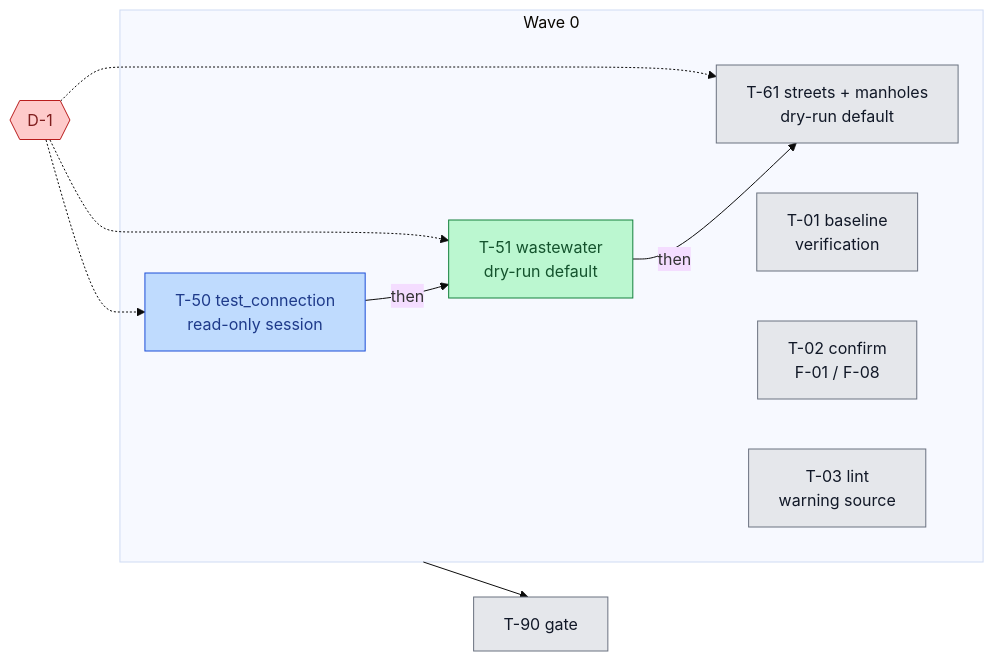
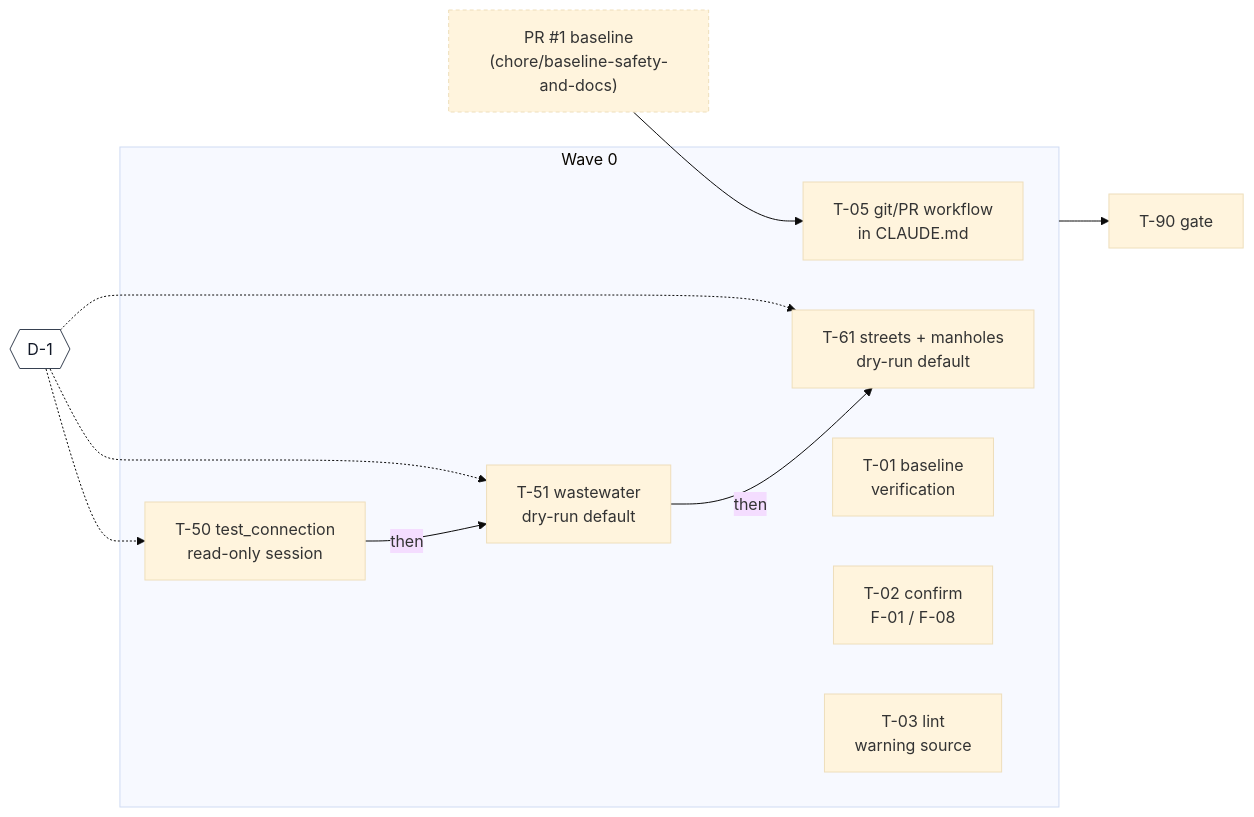
One commit to adrianfarhat/orlando-infrastructure-etl changed the first of 7 diagrams in docs/agents/development-status.md. Above: the diagram before and after it, drawn with Mermaid (base theme). The commit also changed other lines of this file and 7 other files, not shown here.

````diff
--- a/docs/agents/development-status.md
+++ b/docs/agents/development-status.md
@@ -48,28 +23,27 @@
 ```mermaid
 flowchart LR
   D1{{"D-1"}}
+  PR1["PR #1 baseline<br/>(chore/baseline-safety-and-docs)"]
   subgraph W0["Wave 0"]
+    T05["T-05 git/PR workflow<br/>in CLAUDE.md"]
     T50["T-50 test_connection<br/>read-only session"]
     T51["T-51 wastewater<br/>dry-run default"]
     T61["T-61 streets + manholes<br/>dry-run default"]
     T01["T-01 baseline<br/>verification"]
     T02["T-02 confirm<br/>F-01 / F-08"]
     T03["T-03 lint<br/>warning source"]
   end
   G0["T-90 gate"]
   D1 -.-> T50
   D1 -.-> T51
   D1 -.-> T61
   T50 -->|"then"| T51
   T51 -->|"then"| T61
+  PR1 --> T05
   W0 --> G0
 
-  classDef done fill:#bbf7d0,stroke:#15803d,color:#14532d
-  classDef progress fill:#bfdbfe,stroke:#1d4ed8,color:#1e3a8a
-  classDef todo fill:#e5e7eb,stroke:#6b7280,color:#111827
-  classDef decision fill:#fecaca,stroke:#b91c1c,color:#7f1d1d
-  class T51 done
-  class T50 progress
-  class T01,T02,T03,T61,G0 todo
+  classDef decision fill:#ffffff,stroke:#374151,color:#111827
+  classDef otherwave stroke-dasharray:4 3
   class D1 decision
+  class PR1 otherwave
 ```
````
